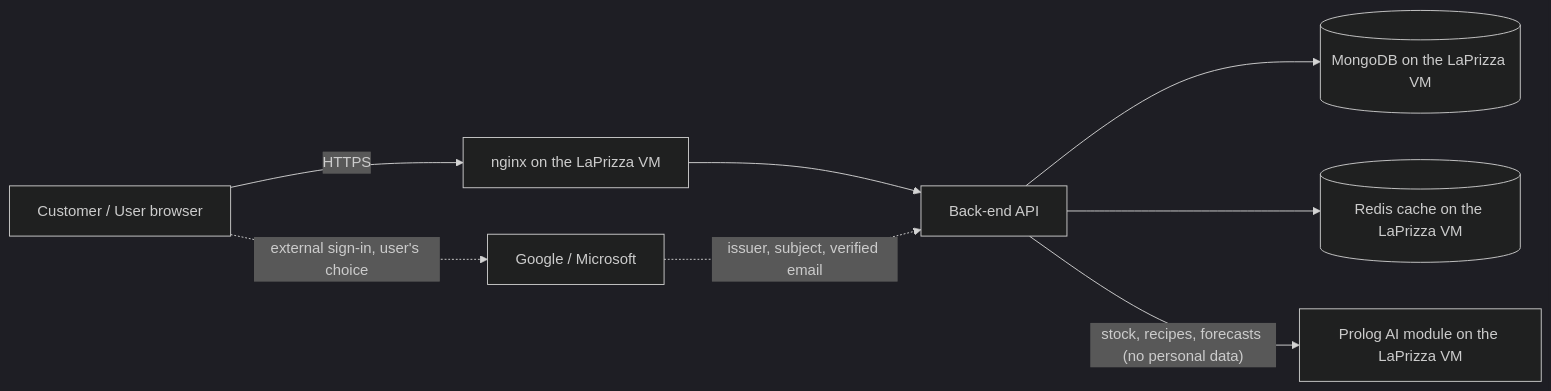
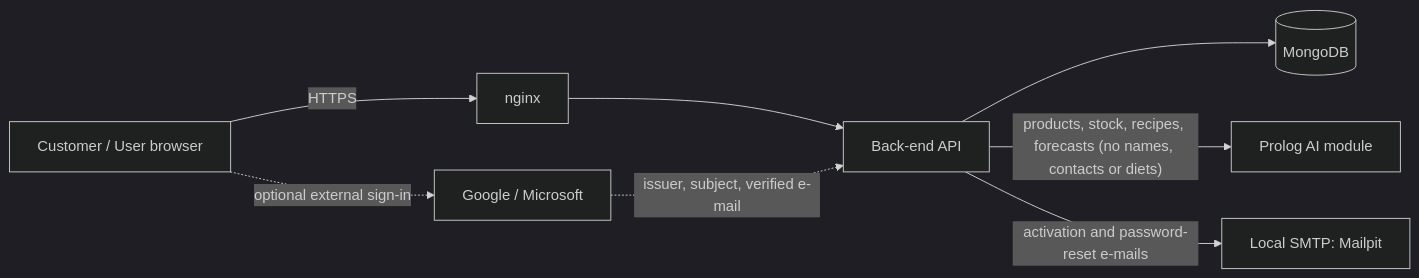
Before and after one commit to ivasduarte/laprizza: the diagram in docs/gdpr/personal-data-handling.md, drawn with Mermaid (dark theme). The commit also changed other lines of this file and 2 other files, not shown here.

Commit message:
docs: added the rgpd video and script and ensured the consistency with the personal data handling document

````diff
--- a/docs/gdpr/personal-data-handling.md
+++ b/docs/gdpr/personal-data-handling.md
@@ -40,10 +61,10 @@
 ```mermaid
 flowchart LR
-    U[Customer / User browser] -- HTTPS --> N[nginx on the LaPrizza VM]
+    U[Customer / User browser] -- HTTPS --> N[nginx]
     N --> A[Back-end API]
-    A --> M[(MongoDB on the LaPrizza VM)]
-    A --> R[(Redis cache on the LaPrizza VM)]
-    A -- "stock, recipes, forecasts (no personal data)" --> P[Prolog AI module on the LaPrizza VM]
-    U -. "external sign-in, user's choice" .-> G[Google / Microsoft]
-    G -. "issuer, subject, verified email" .-> A
+    A --> M[(MongoDB)]
+    A -- "products, stock, recipes, forecasts (no names, contacts or diets)" --> P[Prolog AI module]
+    A -- "activation and password-reset e-mails" --> S[Local SMTP: Mailpit]
+    U -. "optional external sign-in" .-> G[Google / Microsoft]
+    G -. "issuer, subject, verified e-mail" .-> A
 ```
````
